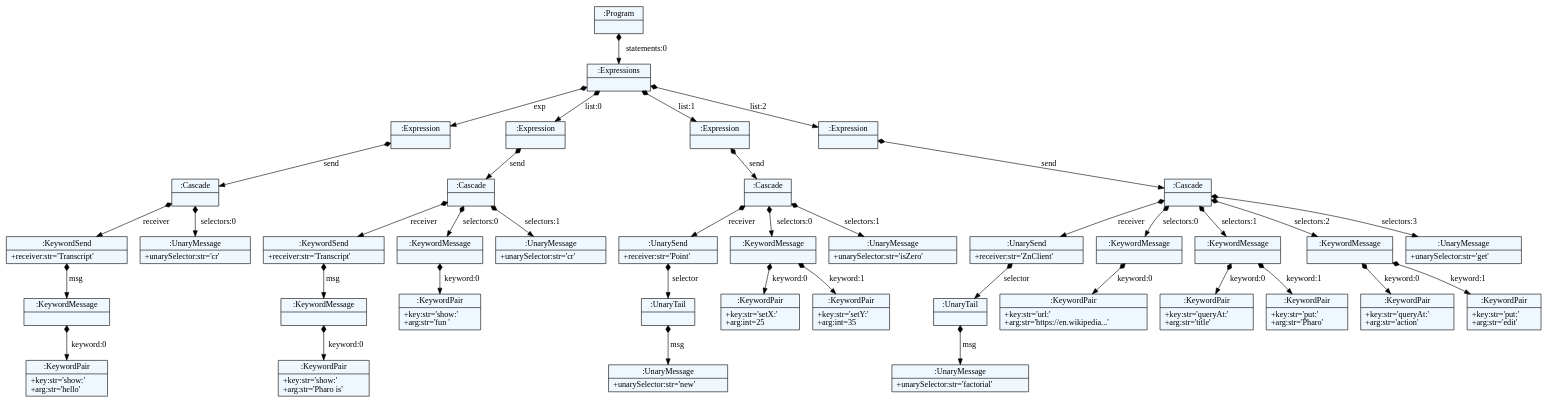
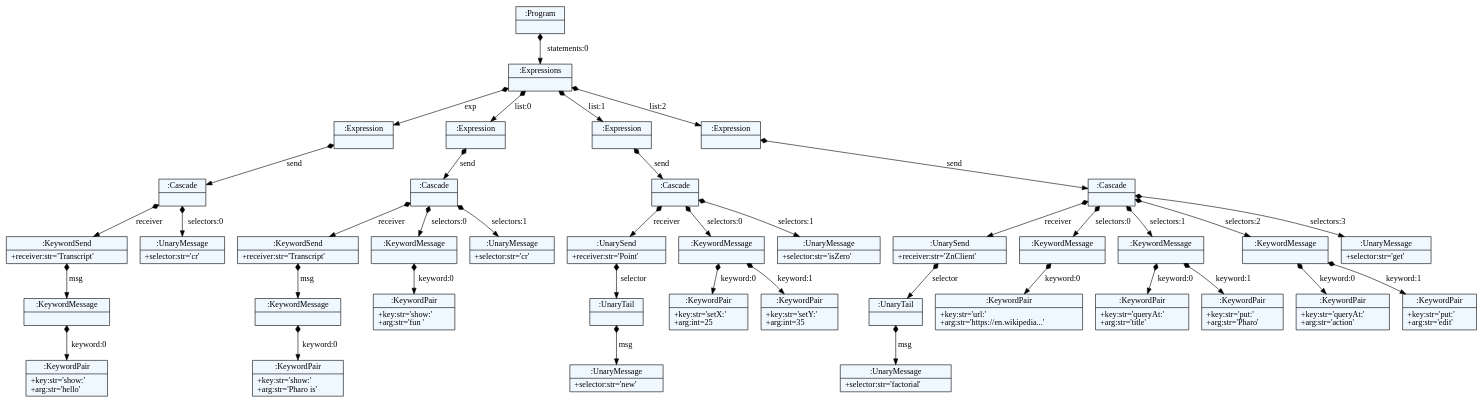
One commit to spcnz/smalltalk-parser changed the diagram in parser/dot/cascade.dot. Above: the diagram before and after it, drawn with Graphviz. The commit also changed 27 other files, not shown here.

```diff
--- a/parser/dot/cascade.dot
+++ b/parser/dot/cascade.dot
@@ -1,92 +1,92 @@
 
     digraph textX {
     fontname = "Bitstream Vera Sans"
     fontsize = 8
     node[
         shape=record,
         style=filled,
         fillcolor=aliceblue
     ]
     nodesep = 0.3
     edge[dir=black,arrowtail=empty]
 
 
-1970427407160 -> 1970374727328 [label="statements:0" arrowtail=diamond dir=both]
-1970374727328 -> 1970374729344 [label="exp" arrowtail=diamond dir=both]
-1970374729344 -> 1970374729680 [label="send" arrowtail=diamond dir=both]
-1970374729680 -> 1970374727888 [label="receiver" arrowtail=diamond dir=both]
-1970374727888 -> 1970376809496 [label="msg" arrowtail=diamond dir=both]
-1970376809496 -> 1970377101664 [label="keyword:0" arrowtail=diamond dir=both]
-1970377101664[label="{:KeywordPair|+key:str='show:'\l+arg:str='hello'\l}"]
-1970376809496[label="{:KeywordMessage|}"]
-1970374727888[label="{:KeywordSend|+receiver:str='Transcript'\l}"]
-1970374729680 -> 1970374727776 [label="selectors:0" arrowtail=diamond dir=both]
-1970374727776[label="{:UnaryMessage|+unarySelector:str='cr'\l}"]
-1970374729680[label="{:Cascade|}"]
-1970374729344[label="{:Expression|}"]
-1970374727328 -> 1970374729456 [label="list:0" arrowtail=diamond dir=both]
-1970374729456 -> 1970374728112 [label="send" arrowtail=diamond dir=both]
-1970374728112 -> 1970376809272 [label="receiver" arrowtail=diamond dir=both]
-1970376809272 -> 1970378515008 [label="msg" arrowtail=diamond dir=both]
-1970378515008 -> 1970378515120 [label="keyword:0" arrowtail=diamond dir=both]
-1970378515120[label="{:KeywordPair|+key:str='show:'\l+arg:str='Pharo is'\l}"]
-1970378515008[label="{:KeywordMessage|}"]
-1970376809272[label="{:KeywordSend|+receiver:str='Transcript'\l}"]
-1970374728112 -> 1970377104240 [label="selectors:0" arrowtail=diamond dir=both]
-1970377104240 -> 1970378515064 [label="keyword:0" arrowtail=diamond dir=both]
-1970378515064[label="{:KeywordPair|+key:str='show:'\l+arg:str='fun '\l}"]
-1970377104240[label="{:KeywordMessage|}"]
-1970374728112 -> 1970377105192 [label="selectors:1" arrowtail=diamond dir=both]
-1970377105192[label="{:UnaryMessage|+unarySelector:str='cr'\l}"]
-1970374728112[label="{:Cascade|}"]
-1970374729456[label="{:Expression|}"]
-1970374727328 -> 1970374729512 [label="list:1" arrowtail=diamond dir=both]
-1970374729512 -> 1970376808600 [label="send" arrowtail=diamond dir=both]
-1970376808600 -> 1970378515456 [label="receiver" arrowtail=diamond dir=both]
-1970378515456 -> 1970378515624 [label="selector" arrowtail=diamond dir=both]
-1970378515624 -> 1970378515736 [label="msg" arrowtail=diamond dir=both]
-1970378515736[label="{:UnaryMessage|+unarySelector:str='new'\l}"]
-1970378515624[label="{:UnaryTail|}"]
-1970378515456[label="{:UnarySend|+receiver:str='Point'\l}"]
-1970376808600 -> 1970378515232 [label="selectors:0" arrowtail=diamond dir=both]
-1970378515232 -> 1970378515680 [label="keyword:0" arrowtail=diamond dir=both]
-1970378515680[label="{:KeywordPair|+key:str='setX:'\l+arg:int=25\l}"]
-1970378515232 -> 1970378515792 [label="keyword:1" arrowtail=diamond dir=both]
-1970378515792[label="{:KeywordPair|+key:str='setY:'\l+arg:int=35\l}"]
-1970378515232[label="{:KeywordMessage|}"]
-1970376808600 -> 1970378515512 [label="selectors:1" arrowtail=diamond dir=both]
-1970378515512[label="{:UnaryMessage|+unarySelector:str='isZero'\l}"]
-1970376808600[label="{:Cascade|}"]
-1970374729512[label="{:Expression|}"]
-1970374727328 -> 1970374728000 [label="list:2" arrowtail=diamond dir=both]
-1970374728000 -> 1970378515176 [label="send" arrowtail=diamond dir=both]
-1970378515176 -> 1970378516128 [label="receiver" arrowtail=diamond dir=both]
-1970378516128 -> 1970378516240 [label="selector" arrowtail=diamond dir=both]
-1970378516240 -> 1970378516352 [label="msg" arrowtail=diamond dir=both]
-1970378516352[label="{:UnaryMessage|+unarySelector:str='factorial'\l}"]
-1970378516240[label="{:UnaryTail|}"]
-1970378516128[label="{:UnarySend|+receiver:str='ZnClient'\l}"]
-1970378515176 -> 1970378516016 [label="selectors:0" arrowtail=diamond dir=both]
-1970378516016 -> 1970378516296 [label="keyword:0" arrowtail=diamond dir=both]
-1970378516296[label="{:KeywordPair|+key:str='url:'\l+arg:str='https://en.wikipedia...'\l}"]
-1970378516016[label="{:KeywordMessage|}"]
-1970378515176 -> 1970378516072 [label="selectors:1" arrowtail=diamond dir=both]
-1970378516072 -> 1970378516464 [label="keyword:0" arrowtail=diamond dir=both]
-1970378516464[label="{:KeywordPair|+key:str='queryAt:'\l+arg:str='title'\l}"]
-1970378516072 -> 1970378516632 [label="keyword:1" arrowtail=diamond dir=both]
-1970378516632[label="{:KeywordPair|+key:str='put:'\l+arg:str='Pharo'\l}"]
-1970378516072[label="{:KeywordMessage|}"]
-1970378515176 -> 1970378516184 [label="selectors:2" arrowtail=diamond dir=both]
-1970378516184 -> 1970378516688 [label="keyword:0" arrowtail=diamond dir=both]
-1970378516688[label="{:KeywordPair|+key:str='queryAt:'\l+arg:str='action'\l}"]
-1970378516184 -> 1970378516912 [label="keyword:1" arrowtail=diamond dir=both]
-1970378516912[label="{:KeywordPair|+key:str='put:'\l+arg:str='edit'\l}"]
-1970378516184[label="{:KeywordMessage|}"]
-1970378515176 -> 1970378516408 [label="selectors:3" arrowtail=diamond dir=both]
-1970378516408[label="{:UnaryMessage|+unarySelector:str='get'\l}"]
-1970378515176[label="{:Cascade|}"]
-1970374728000[label="{:Expression|}"]
-1970374727328[label="{:Expressions|}"]
-1970427407160[label="{:Program|}"]
+3018013755544 -> 3018015879688 [label="statements:0" arrowtail=diamond dir=both]
+3018015879688 -> 3018016550640 [label="exp" arrowtail=diamond dir=both]
+3018016550640 -> 3018016938192 [label="send" arrowtail=diamond dir=both]
+3018016938192 -> 3018016938360 [label="receiver" arrowtail=diamond dir=both]
+3018016938360 -> 3018016938584 [label="msg" arrowtail=diamond dir=both]
+3018016938584 -> 3018016938696 [label="keyword:0" arrowtail=diamond dir=both]
+3018016938696[label="{:KeywordPair|+key:str='show:'\l+arg:str='hello'\l}"]
+3018016938584[label="{:KeywordMessage|}"]
+3018016938360[label="{:KeywordSend|+receiver:str='Transcript'\l}"]
+3018016938192 -> 3018016938416 [label="selectors:0" arrowtail=diamond dir=both]
+3018016938416[label="{:UnaryMessage|+selector:str='cr'\l}"]
+3018016938192[label="{:Cascade|}"]
+3018016550640[label="{:Expression|}"]
+3018015879688 -> 3018016938024 [label="list:0" arrowtail=diamond dir=both]
+3018016938024 -> 3018016938304 [label="send" arrowtail=diamond dir=both]
+3018016938304 -> 3018016938752 [label="receiver" arrowtail=diamond dir=both]
+3018016938752 -> 3018016939032 [label="msg" arrowtail=diamond dir=both]
+3018016939032 -> 3018016939144 [label="keyword:0" arrowtail=diamond dir=both]
+3018016939144[label="{:KeywordPair|+key:str='show:'\l+arg:str='Pharo is'\l}"]
+3018016939032[label="{:KeywordMessage|}"]
+3018016938752[label="{:KeywordSend|+receiver:str='Transcript'\l}"]
+3018016938304 -> 3018016938640 [label="selectors:0" arrowtail=diamond dir=both]
+3018016938640 -> 3018016939088 [label="keyword:0" arrowtail=diamond dir=both]
+3018016939088[label="{:KeywordPair|+key:str='show:'\l+arg:str='fun '\l}"]
+3018016938640[label="{:KeywordMessage|}"]
+3018016938304 -> 3018016938808 [label="selectors:1" arrowtail=diamond dir=both]
+3018016938808[label="{:UnaryMessage|+selector:str='cr'\l}"]
+3018016938304[label="{:Cascade|}"]
+3018016938024[label="{:Expression|}"]
+3018015879688 -> 3018016938136 [label="list:1" arrowtail=diamond dir=both]
+3018016938136 -> 3018016938528 [label="send" arrowtail=diamond dir=both]
+3018016938528 -> 3018016939480 [label="receiver" arrowtail=diamond dir=both]
+3018016939480 -> 3018016939648 [label="selector" arrowtail=diamond dir=both]
+3018016939648 -> 3018016939760 [label="msg" arrowtail=diamond dir=both]
+3018016939760[label="{:UnaryMessage|+selector:str='new'\l}"]
+3018016939648[label="{:UnaryTail|}"]
+3018016939480[label="{:UnarySend|+receiver:str='Point'\l}"]
+3018016938528 -> 3018016939256 [label="selectors:0" arrowtail=diamond dir=both]
+3018016939256 -> 3018016939704 [label="keyword:0" arrowtail=diamond dir=both]
+3018016939704[label="{:KeywordPair|+key:str='setX:'\l+arg:int=25\l}"]
+3018016939256 -> 3018016939816 [label="keyword:1" arrowtail=diamond dir=both]
+3018016939816[label="{:KeywordPair|+key:str='setY:'\l+arg:int=35\l}"]
+3018016939256[label="{:KeywordMessage|}"]
+3018016938528 -> 3018016939536 [label="selectors:1" arrowtail=diamond dir=both]
+3018016939536[label="{:UnaryMessage|+selector:str='isZero'\l}"]
+3018016938528[label="{:Cascade|}"]
+3018016938136[label="{:Expression|}"]
+3018015879688 -> 3018016938248 [label="list:2" arrowtail=diamond dir=both]
+3018016938248 -> 3018016939200 [label="send" arrowtail=diamond dir=both]
+3018016939200 -> 3018016939928 [label="receiver" arrowtail=diamond dir=both]
+3018016939928 -> 3018017878312 [label="selector" arrowtail=diamond dir=both]
+3018017878312 -> 3018017878424 [label="msg" arrowtail=diamond dir=both]
+3018017878424[label="{:UnaryMessage|+selector:str='factorial'\l}"]
+3018017878312[label="{:UnaryTail|}"]
+3018016939928[label="{:UnarySend|+receiver:str='ZnClient'\l}"]
+3018016939200 -> 3018017878200 [label="selectors:0" arrowtail=diamond dir=both]
+3018017878200 -> 3018017878368 [label="keyword:0" arrowtail=diamond dir=both]
+3018017878368[label="{:KeywordPair|+key:str='url:'\l+arg:str='https://en.wikipedia...'\l}"]
+3018017878200[label="{:KeywordMessage|}"]
+3018016939200 -> 3018017878144 [label="selectors:1" arrowtail=diamond dir=both]
+3018017878144 -> 3018017878536 [label="keyword:0" arrowtail=diamond dir=both]
+3018017878536[label="{:KeywordPair|+key:str='queryAt:'\l+arg:str='title'\l}"]
+3018017878144 -> 3018017878704 [label="keyword:1" arrowtail=diamond dir=both]
+3018017878704[label="{:KeywordPair|+key:str='put:'\l+arg:str='Pharo'\l}"]
+3018017878144[label="{:KeywordMessage|}"]
+3018016939200 -> 3018017878256 [label="selectors:2" arrowtail=diamond dir=both]
+3018017878256 -> 3018017878760 [label="keyword:0" arrowtail=diamond dir=both]
+3018017878760[label="{:KeywordPair|+key:str='queryAt:'\l+arg:str='action'\l}"]
+3018017878256 -> 3018017878984 [label="keyword:1" arrowtail=diamond dir=both]
+3018017878984[label="{:KeywordPair|+key:str='put:'\l+arg:str='edit'\l}"]
+3018017878256[label="{:KeywordMessage|}"]
+3018016939200 -> 3018017878480 [label="selectors:3" arrowtail=diamond dir=both]
+3018017878480[label="{:UnaryMessage|+selector:str='get'\l}"]
+3018016939200[label="{:Cascade|}"]
+3018016938248[label="{:Expression|}"]
+3018015879688[label="{:Expressions|}"]
+3018013755544[label="{:Program|}"]
 
 }
```
